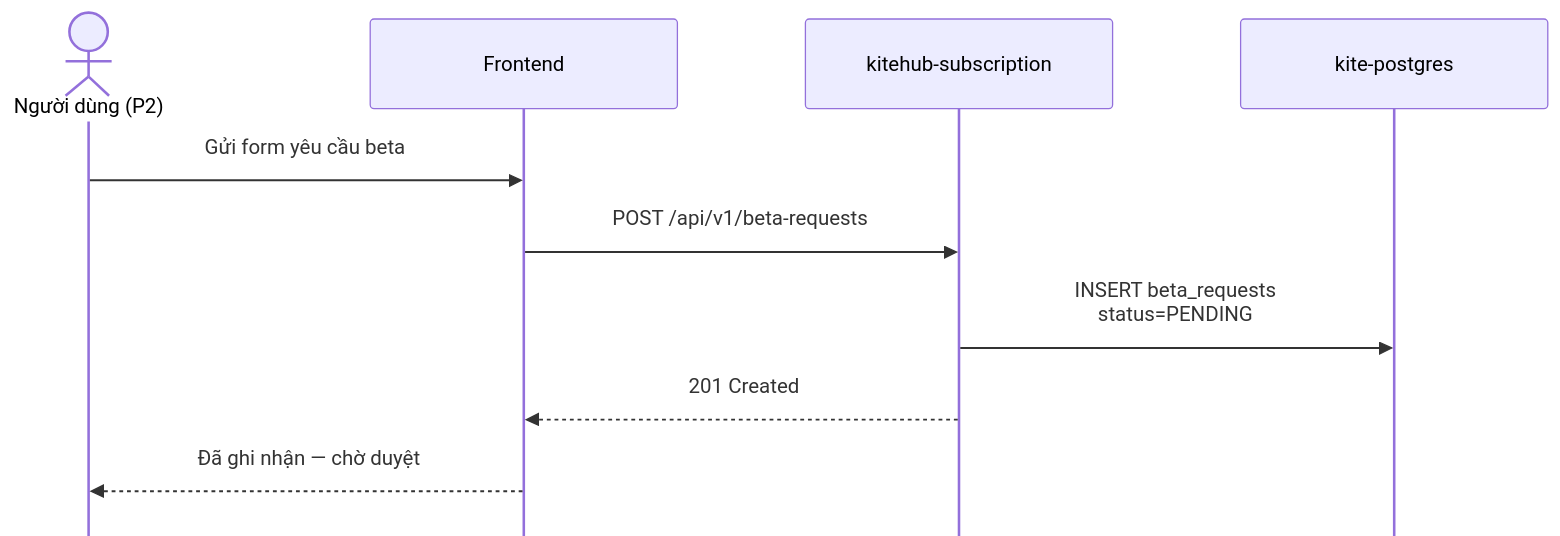
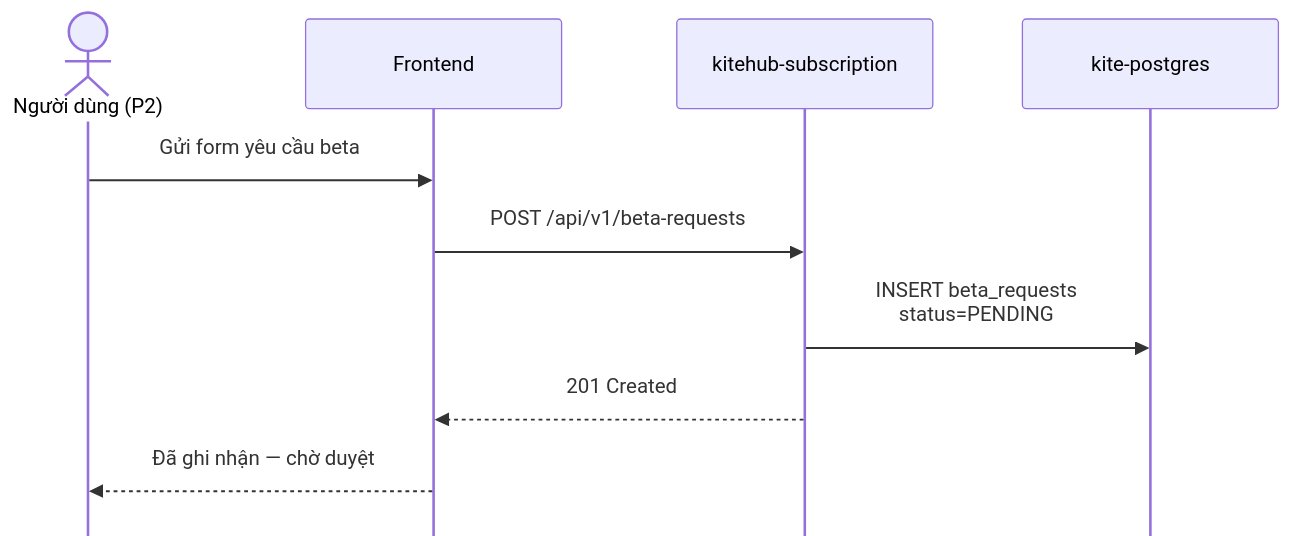
The tenth of 12 diagrams in documents/08-thesis/chapter-2-system-architecture.md (VictorAurelius/2026-Kite-Class-Platform), drawn with Mermaid before and after one commit. The commit also changed other lines of this file and 2 other files, not shown here.

First line of the commit message:
docs(thesis): apply Option C Bảng 2.11 disclaimer + tune all sequence diagrams

````diff
--- a/documents/08-thesis/chapter-2-system-architecture.md
+++ b/documents/08-thesis/chapter-2-system-architecture.md
@@ -640,14 +640,14 @@
 ```mermaid
-%%{init: {"sequence": {"diagramMarginX": 50, "diagramMarginY": 25, "actorMargin": 100, "width": 240, "height": 70, "boxMargin": 18, "boxTextMargin": 10, "noteMargin": 15, "messageMargin": 50, "mirrorActors": false}, "themeVariables": {"fontSize": "28px", "messageFontSize": "26px", "noteFontSize": "26px"}}}%%
+%%{init: {"sequence": {"diagramMarginX": 50, "diagramMarginY": 25, "actorMargin": 70, "width": 200, "height": 70, "boxMargin": 18, "boxTextMargin": 10, "noteMargin": 15, "messageMargin": 50, "mirrorActors": false}, "themeVariables": {"fontSize": "34px", "messageFontSize": "32px", "noteFontSize": "32px"}}}%%
 sequenceDiagram
     actor U as Người dùng (P2)
     participant FE as Frontend
     participant API as kitehub-subscription
     participant DB as kite-postgres
 
     U->>FE: Gửi form yêu cầu beta
     FE->>API: POST /api/v1/beta-requests
     API->>DB: INSERT beta_requests<br/>status=PENDING
     API-->>FE: 201 Created
     FE-->>U: Đã ghi nhận — chờ duyệt
 ```
````
